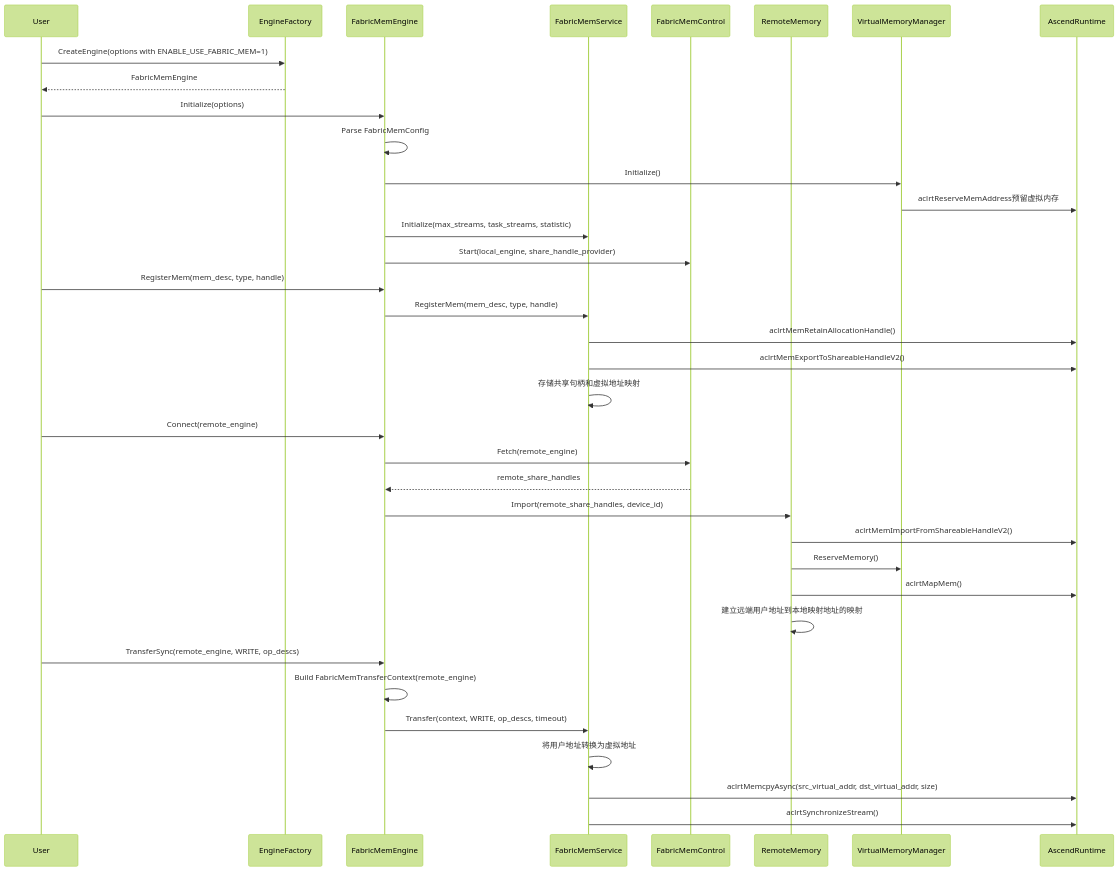
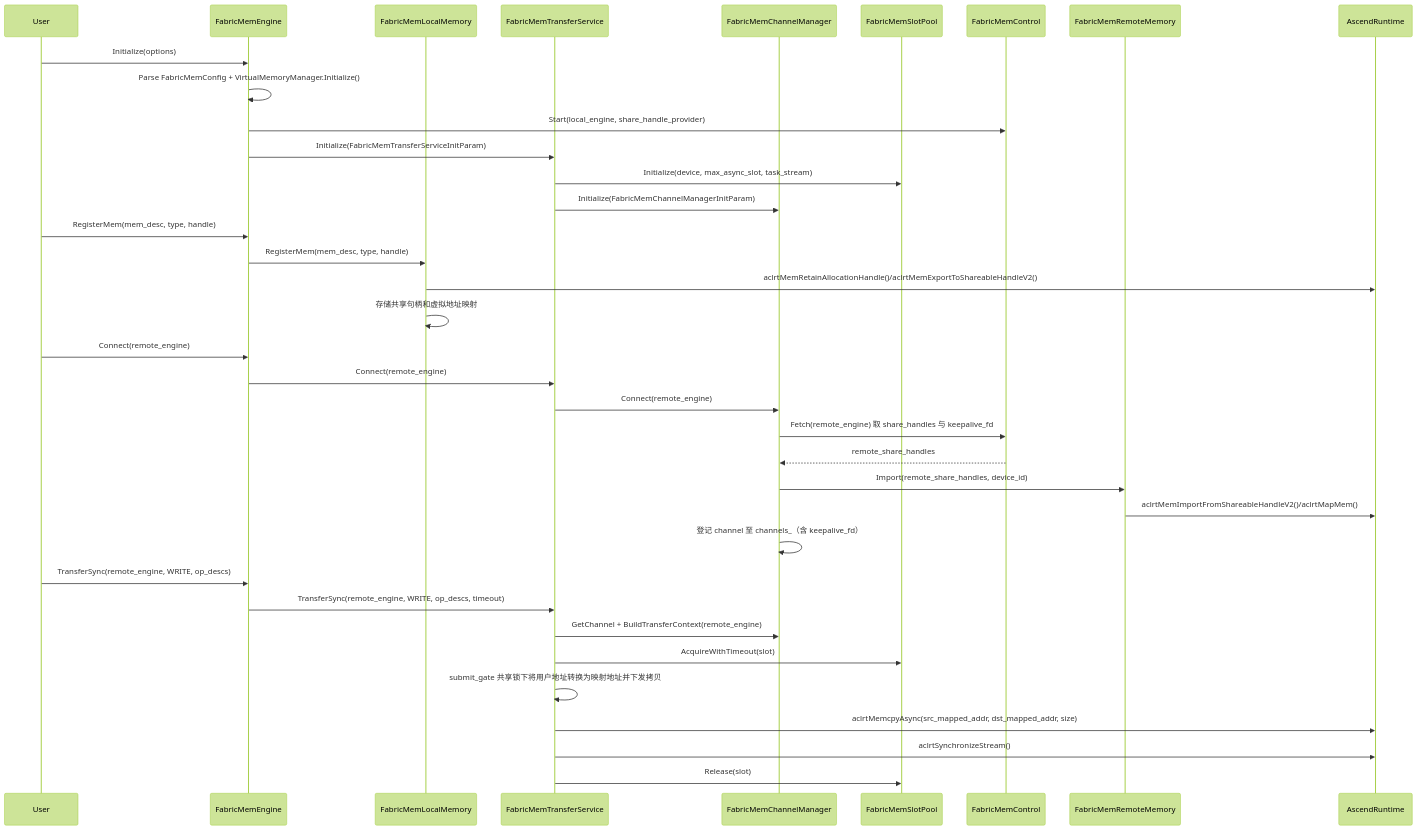
Before and after one commit to hicann/hixl: the second of 2 diagrams in docs/design/FabricMem模式设计.md, drawn with Mermaid (forest theme). The commit also changed other lines of this file and 19 other files, not shown here.

First paragraph of the commit message:
[refactor]: 重构 fabric_mem 模块依赖与资源管理

````diff
--- a/docs/design/FabricMem模式设计.md
+++ b/docs/design/FabricMem模式设计.md
@@ -118,42 +162,42 @@
 ```mermaid
 sequenceDiagram
    participant User
-   participant EngineFactory
    participant FabricMemEngine
-   participant FabricMemService
-   participant FabricMemControl
-   participant RemoteMemory
-   participant VirtualMemoryManager
-   participant AscendRuntime
+   participant LocalMemory as FabricMemLocalMemory
+   participant Service as FabricMemTransferService
+   participant ChannelMgr as FabricMemChannelManager
+   participant SlotPool as FabricMemSlotPool
+   participant Control as FabricMemControl
+   participant RemoteMemory as FabricMemRemoteMemory
+   participant Runtime as AscendRuntime
 
-   User->>EngineFactory: CreateEngine(options with ENABLE_USE_FABRIC_MEM=1)
-   EngineFactory-->>User: FabricMemEngine
    User->>FabricMemEngine: Initialize(options)
-   FabricMemEngine->>FabricMemEngine: Parse FabricMemConfig
-   FabricMemEngine->>VirtualMemoryManager: Initialize()
-   VirtualMemoryManager->>AscendRuntime: aclrtReserveMemAddress预留虚拟内存
-   FabricMemEngine->>FabricMemService: Initialize(max_streams, task_streams, statistic)
-   FabricMemEngine->>FabricMemControl: Start(local_engine, share_handle_provider)
+   FabricMemEngine->>FabricMemEngine: Parse FabricMemConfig + VirtualMemoryManager.Initialize()
+   FabricMemEngine->>Control: Start(local_engine, share_handle_provider)
+   FabricMemEngine->>Service: Initialize(FabricMemTransferServiceInitParam)
+   Service->>SlotPool: Initialize(device, max_async_slot, task_stream)
+   Service->>ChannelMgr: Initialize(FabricMemChannelManagerInitParam)
 
    User->>FabricMemEngine: RegisterMem(mem_desc, type, handle)
-   FabricMemEngine->>FabricMemService: RegisterMem(mem_desc, type, handle)
-   FabricMemService->>AscendRuntime: aclrtMemRetainAllocationHandle()
-   FabricMemService->>AscendRuntime: aclrtMemExportToShareableHandleV2()
-   FabricMemService->>FabricMemService: 存储共享句柄和虚拟地址映射
+   FabricMemEngine->>LocalMemory: RegisterMem(mem_desc, type, handle)
+   LocalMemory->>Runtime: aclrtMemRetainAllocationHandle()/aclrtMemExportToShareableHandleV2()
+   LocalMemory->>LocalMemory: 存储共享句柄和虚拟地址映射
 
    User->>FabricMemEngine: Connect(remote_engine)
-   FabricMemEngine->>FabricMemControl: Fetch(remote_engine)
-   FabricMemControl-->>FabricMemEngine: remote_share_handles
-   FabricMemEngine->>RemoteMemory: Import(remote_share_handles, device_id)
-   RemoteMemory->>AscendRuntime: aclrtMemImportFromShareableHandleV2()
-   RemoteMemory->>VirtualMemoryManager: ReserveMemory()
-   RemoteMemory->>AscendRuntime: aclrtMapMem()
-   RemoteMemory->>RemoteMemory: 建立远端用户地址到本地映射地址的映射
+   FabricMemEngine->>Service: Connect(remote_engine)
+   Service->>ChannelMgr: Connect(remote_engine)
+   ChannelMgr->>Control: Fetch(remote_engine) 取 share_handles 与 keepalive_fd
+   Control-->>ChannelMgr: remote_share_handles
+   ChannelMgr->>RemoteMemory: Import(remote_share_handles, device_id)
+   RemoteMemory->>Runtime: aclrtMemImportFromShareableHandleV2()/aclrtMapMem()
+   ChannelMgr->>ChannelMgr: 登记 channel 至 channels_（含 keepalive_fd）
 
    User->>FabricMemEngine: TransferSync(remote_engine, WRITE, op_descs)
-   FabricMemEngine->>FabricMemEngine: Build FabricMemTransferContext(remote_engine)
-   FabricMemEngine->>FabricMemService: Transfer(context, WRITE, op_descs, timeout)
-   FabricMemService->>FabricMemService: 将用户地址转换为虚拟地址
-   FabricMemService->>AscendRuntime: aclrtMemcpyAsync(src_virtual_addr, dst_virtual_addr, size)
-   FabricMemService->>AscendRuntime: aclrtSynchronizeStream()
+   FabricMemEngine->>Service: TransferSync(remote_engine, WRITE, op_descs, timeout)
+   Service->>ChannelMgr: GetChannel + BuildTransferContext(remote_engine)
+   Service->>SlotPool: AcquireWithTimeout(slot)
+   Service->>Service: submit_gate 共享锁下将用户地址转换为映射地址并下发拷贝
+   Service->>Runtime: aclrtMemcpyAsync(src_mapped_addr, dst_mapped_addr, size)
+   Service->>Runtime: aclrtSynchronizeStream()
+   Service->>SlotPool: Release(slot)
 ```
````
